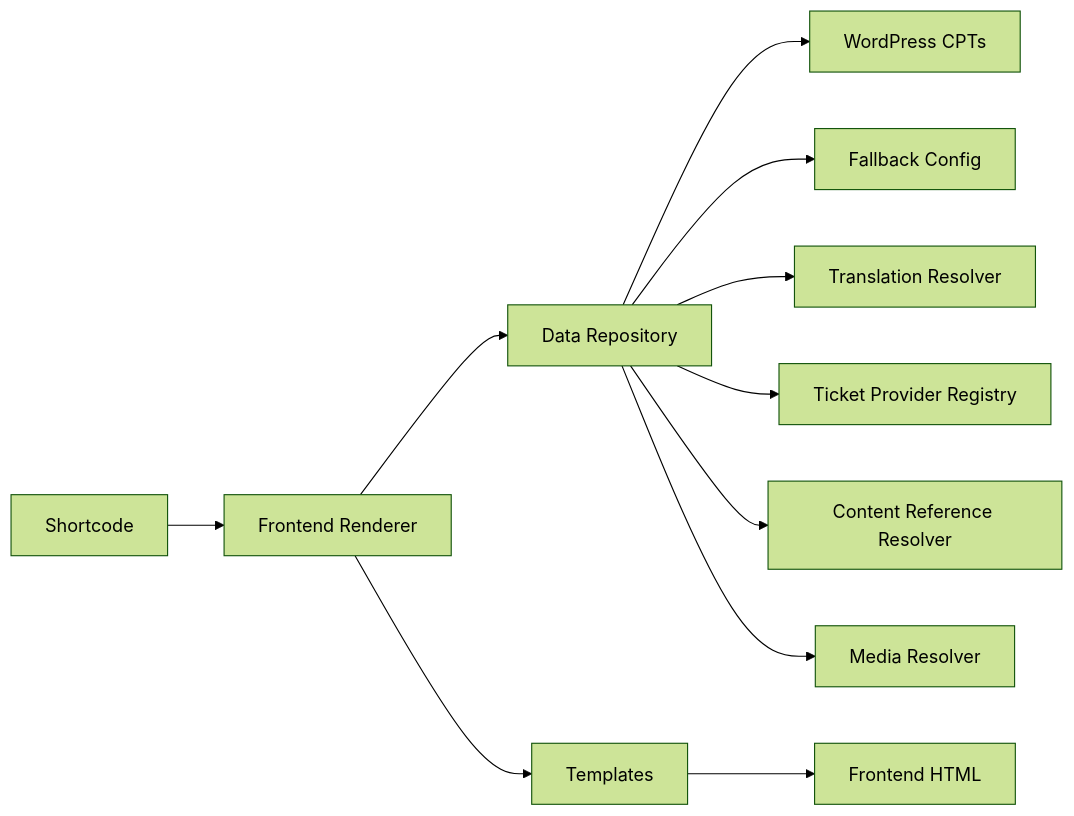
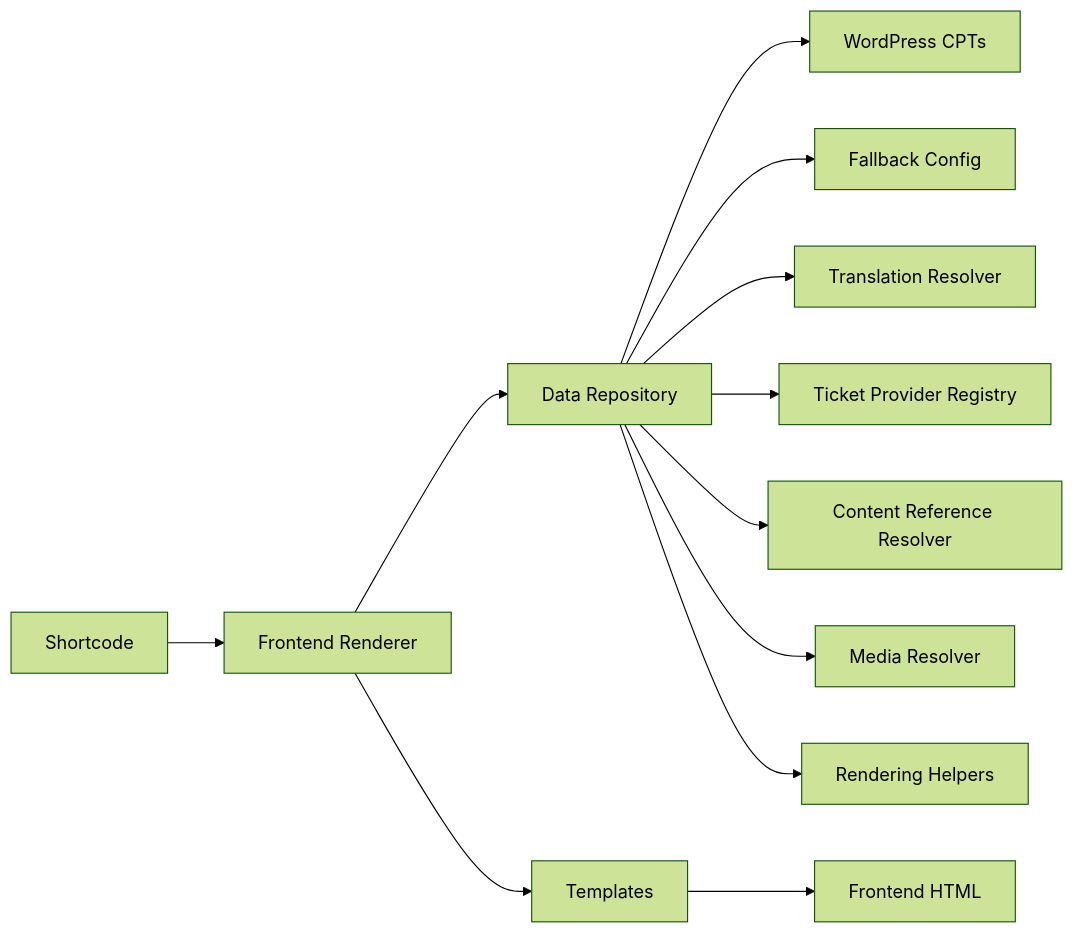
One commit to rommelfs/taka-tour-wp-plugin changed the fourth of 4 diagrams in ARCHITECTURE.md. Above: the diagram before and after it, drawn with Mermaid (forest theme). The commit also changed other lines of this file and 7 other files, not shown here.

````diff
--- a/ARCHITECTURE.md
+++ b/ARCHITECTURE.md
@@ -328,13 +329,14 @@
 ```mermaid
 flowchart LR
     A[Shortcode] --> B[Frontend Renderer]
     B --> C[Data Repository]
     C --> D[WordPress CPTs]
     C --> E[Fallback Config]
     C --> F[Translation Resolver]
     C --> G[Ticket Provider Registry]
     C --> H[Content Reference Resolver]
     C --> I[Media Resolver]
+    C --> L[Rendering Helpers]
     B --> J[Templates]
     J --> K[Frontend HTML]
 ```
````
